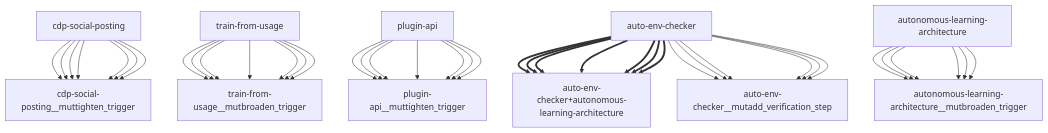
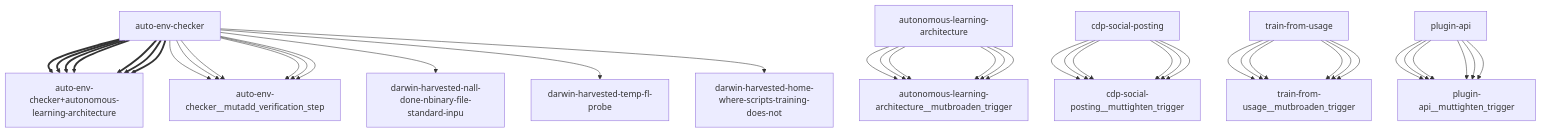
The diagram in reports/darwin-report.md (openamer/openamer), drawn with Mermaid before and after one commit. The commit also changed other lines of this file and 4 other files, not shown here.

````diff
--- a/reports/darwin-report.md
+++ b/reports/darwin-report.md
@@ -66,43 +66,43 @@
 ```mermaid
 graph TD
+    auto-env-checker["auto-env-checker"] ==> auto-env-checker+autonomous-learning-architecture["auto-env-checker+autonomous-learning-architecture"]
+    auto-env-checker["auto-env-checker"] --> auto-env-checker__mutadd_verification_step["auto-env-checker__mutadd_verification_step"]
+    autonomous-learning-architecture["autonomous-learning-architecture"] --> autonomous-learning-architecture__mutbroaden_trigger["autonomous-learning-architecture__mutbroaden_trigger"]
     cdp-social-posting["cdp-social-posting"] --> cdp-social-posting__muttighten_trigger["cdp-social-posting__muttighten_trigger"]
     train-from-usage["train-from-usage"] --> train-from-usage__mutbroaden_trigger["train-from-usage__mutbroaden_trigger"]
     plugin-api["plugin-api"] --> plugin-api__muttighten_trigger["plugin-api__muttighten_trigger"]
     auto-env-checker["auto-env-checker"] ==> auto-env-checker+autonomous-learning-architecture["auto-env-checker+autonomous-learning-architecture"]
+    auto-env-checker["auto-env-checker"] --> darwin-harvested-nall-done-nbinary-file-standard-inpu["darwin-harvested-nall-done-nbinary-file-standard-inpu"]
+    auto-env-checker["auto-env-checker"] --> darwin-harvested-temp-fl-probe["darwin-harvested-temp-fl-probe"]
     auto-env-checker["auto-env-checker"] --> auto-env-checker__mutadd_verification_step["auto-env-checker__mutadd_verification_step"]
     autonomous-learning-architecture["autonomous-learning-architecture"] --> autonomous-learning-architecture__mutbroaden_trigger["autonomous-learning-architecture__mutbroaden_trigger"]
     cdp-social-posting["cdp-social-posting"] --> cdp-social-posting__muttighten_trigger["cdp-social-posting__muttighten_trigger"]
     train-from-usage["train-from-usage"] --> train-from-usage__mutbroaden_trigger["train-from-usage__mutbroaden_trigger"]
     plugin-api["plugin-api"] --> plugin-api__muttighten_trigger["plugin-api__muttighten_trigger"]
     auto-env-checker["auto-env-checker"] ==> auto-env-checker+autonomous-learning-architecture["auto-env-checker+autonomous-learning-architecture"]
     auto-env-checker["auto-env-checker"] --> auto-env-checker__mutadd_verification_step["auto-env-checker__mutadd_verification_step"]
     autonomous-learning-architecture["autonomous-learning-architecture"] --> autonomous-learning-architecture__mutbroaden_trigger["autonomous-learning-architecture__mutbroaden_trigger"]
     cdp-social-posting["cdp-social-posting"] --> cdp-social-posting__muttighten_trigger["cdp-social-posting__muttighten_trigger"]
     train-from-usage["train-from-usage"] --> train-from-usage__mutbroaden_trigger["train-from-usage__mutbroaden_trigger"]
     plugin-api["plugin-api"] --> plugin-api__muttighten_trigger["plugin-api__muttighten_trigger"]
     auto-env-checker["auto-env-checker"] ==> auto-env-checker+autonomous-learning-architecture["auto-env-checker+autonomous-learning-architecture"]
-    auto-env-checker["auto-env-checker"] --> auto-env-checker__mutadd_verification_step["auto-env-checker__mutadd_verification_step"]
-    autonomous-learning-architecture["autonomous-learning-architecture"] --> autonomous-learning-architecture__mutbroaden_trigger["autonomous-learning-architecture__mutbroaden_trigger"]
-    cdp-social-posting["cdp-social-posting"] --> cdp-social-posting__muttighten_trigger["cdp-social-posting__muttighten_trigger"]
-    train-from-usage["train-from-usage"] --> train-from-usage__mutbroaden_trigger["train-from-usage__mutbroaden_trigger"]
-    plugin-api["plugin-api"] --> plugin-api__muttighten_trigger["plugin-api__muttighten_trigger"]
-    auto-env-checker["auto-env-checker"] ==> auto-env-checker+autonomous-learning-architecture["auto-env-checker+autonomous-learning-architecture"]
+    auto-env-checker["auto-env-checker"] --> darwin-harvested-home-where-scripts-training-does-not["darwin-harvested-home-where-scripts-training-does-not"]
     auto-env-checker["auto-env-checker"] --> auto-env-checker__mutadd_verification_step["auto-env-checker__mutadd_verification_step"]
     autonomous-learning-architecture["autonomous-learning-architecture"] --> autonomous-learning-architecture__mutbroaden_trigger["autonomous-learning-architecture__mutbroaden_trigger"]
     cdp-social-posting["cdp-social-posting"] --> cdp-social-posting__muttighten_trigger["cdp-social-posting__muttighten_trigger"]
     train-from-usage["train-from-usage"] --> train-from-usage__mutbroaden_trigger["train-from-usage__mutbroaden_trigger"]
     plugin-api["plugin-api"] --> plugin-api__muttighten_trigger["plugin-api__muttighten_trigger"]
     auto-env-checker["auto-env-checker"] ==> auto-env-checker+autonomous-learning-architecture["auto-env-checker+autonomous-learning-architecture"]
     auto-env-checker["auto-env-checker"] --> auto-env-checker__mutadd_verification_step["auto-env-checker__mutadd_verification_step"]
     autonomous-learning-architecture["autonomous-learning-architecture"] --> autonomous-learning-architecture__mutbroaden_trigger["autonomous-learning-architecture__mutbroaden_trigger"]
     cdp-social-posting["cdp-social-posting"] --> cdp-social-posting__muttighten_trigger["cdp-social-posting__muttighten_trigger"]
     train-from-usage["train-from-usage"] --> train-from-usage__mutbroaden_trigger["train-from-usage__mutbroaden_trigger"]
     plugin-api["plugin-api"] --> plugin-api__muttighten_trigger["plugin-api__muttighten_trigger"]
     auto-env-checker["auto-env-checker"] ==> auto-env-checker+autonomous-learning-architecture["auto-env-checker+autonomous-learning-architecture"]
     auto-env-checker["auto-env-checker"] --> auto-env-checker__mutadd_verification_step["auto-env-checker__mutadd_verification_step"]
     autonomous-learning-architecture["autonomous-learning-architecture"] --> autonomous-learning-architecture__mutbroaden_trigger["autonomous-learning-architecture__mutbroaden_trigger"]
     cdp-social-posting["cdp-social-posting"] --> cdp-social-posting__muttighten_trigger["cdp-social-posting__muttighten_trigger"]
     train-from-usage["train-from-usage"] --> train-from-usage__mutbroaden_trigger["train-from-usage__mutbroaden_trigger"]
     plugin-api["plugin-api"] --> plugin-api__muttighten_trigger["plugin-api__muttighten_trigger"]
     auto-env-checker["auto-env-checker"] ==> auto-env-checker+autonomous-learning-architecture["auto-env-checker+autonomous-learning-architecture"]
 ```
````
